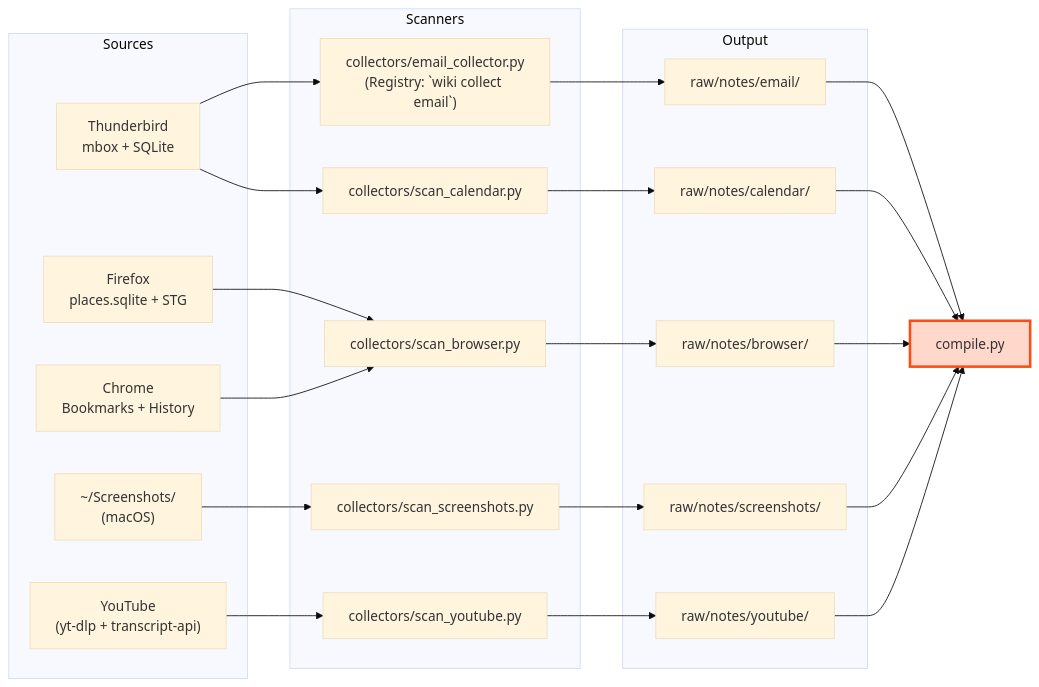
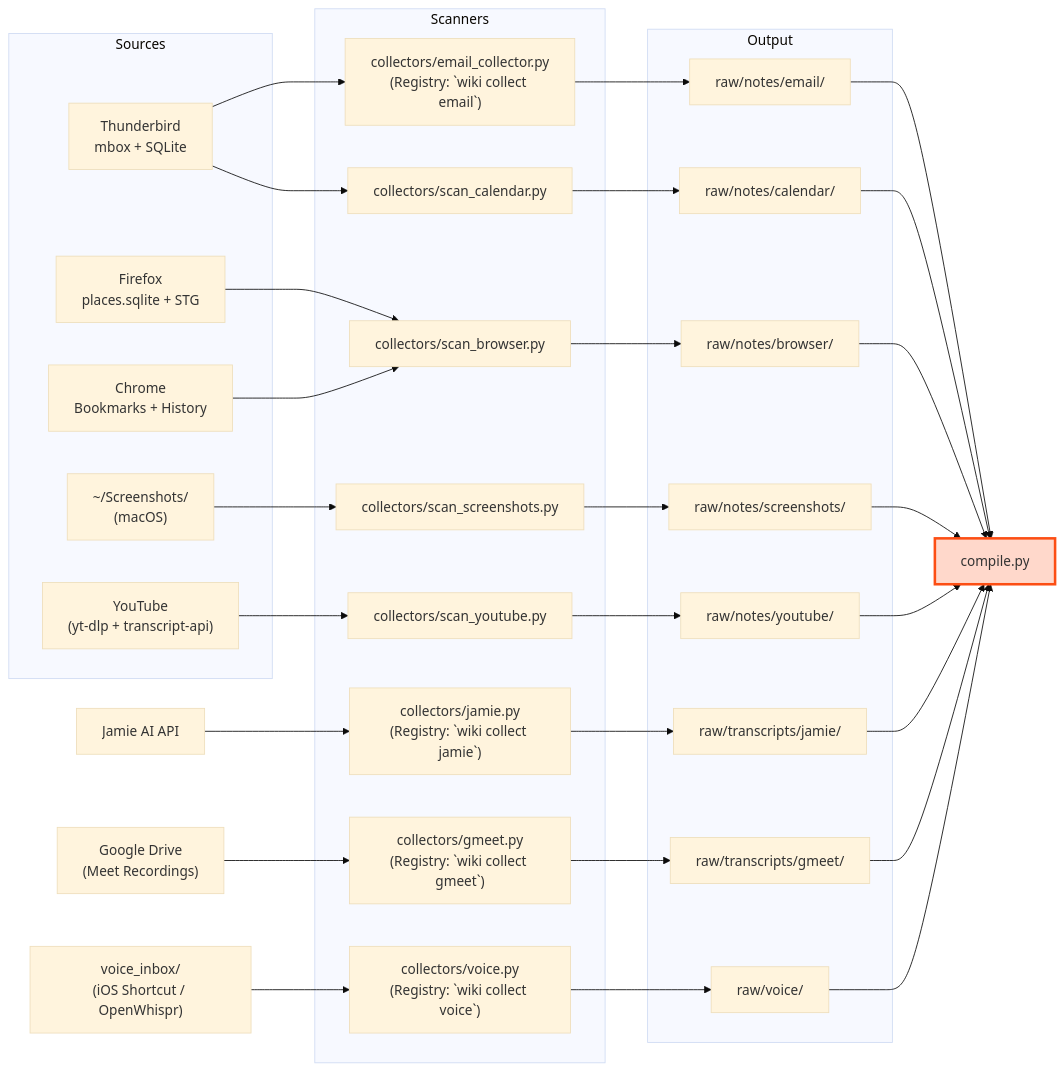
One commit to lx-0/llm-wiki changed the fourth of 10 diagrams in docs/PROCESS.md. Above: the diagram before and after it, drawn with Mermaid (base theme). The commit also changed other lines of this file and 4 other files, not shown here.

````diff
--- a/docs/PROCESS.md
+++ b/docs/PROCESS.md
@@ -314,41 +315,53 @@
 ```mermaid
 flowchart LR
     subgraph Sources
         TB["Thunderbird\nmbox + SQLite"]
         FF["Firefox\nplaces.sqlite + STG"]
         CH["Chrome\nBookmarks + History"]
         SS["~/Screenshots/\n(macOS)"]
         YT["YouTube\n(yt-dlp + transcript-api)"]
     end
 
     subgraph Scanners
         SE["collectors/email_collector.py\n(Registry: `wiki collect email`)"]
+        SJ["collectors/jamie.py\n(Registry: `wiki collect jamie`)"]
+        SG["collectors/gmeet.py\n(Registry: `wiki collect gmeet`)"]
+        SV["collectors/voice.py\n(Registry: `wiki collect voice`)"]
         SC["collectors/scan_calendar.py"]
         SB["collectors/scan_browser.py"]
         SCR["collectors/scan_screenshots.py"]
         SY["collectors/scan_youtube.py"]
     end
 
     subgraph Output
         RE["raw/notes/email/"]
+        RJ["raw/transcripts/jamie/"]
+        RG["raw/transcripts/gmeet/"]
+        RV["raw/voice/"]
         RC["raw/notes/calendar/"]
         RB["raw/notes/browser/"]
         RS["raw/notes/screenshots/"]
         RY["raw/notes/youtube/"]
     end
 
     TB --> SE --> RE
+    JA["Jamie AI API"] --> SJ --> RJ
+    DR["Google Drive\n(Meet Recordings)"] --> SG --> RG
+    VI["voice_inbox/\n(iOS Shortcut / OpenWhispr)"] --> SV --> RV
     TB --> SC --> RC
     FF --> SB --> RB
     CH --> SB
     SS --> SCR --> RS
     YT --> SY --> RY
 
     RE --> COMPILE["compile.py"]
+    RJ --> COMPILE
+    RG --> COMPILE
+    RV --> COMPILE
     RC --> COMPILE
     RB --> COMPILE
     RS --> COMPILE
     RY --> COMPILE
 
     style COMPILE fill:#FFD8CB,stroke:#FC4E14,stroke-width:3px
 ```
````
